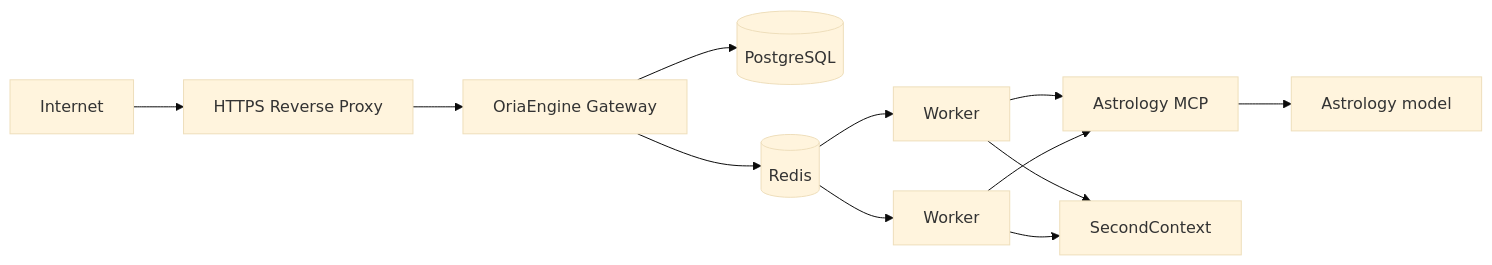
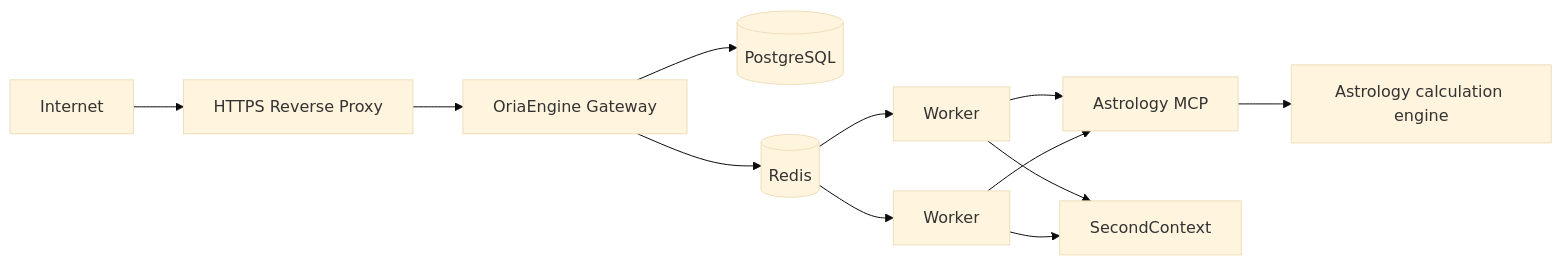
The seventh of 7 diagrams in PLAN.md (bdobrica/OriaEngine), drawn with Mermaid (base theme) before and after one commit. The commit also changed other lines of this file and 1 other file, not shown here.

Commit message:
docs: clarify astrology calculation engine scope

````diff
--- a/PLAN.md
+++ b/PLAN.md
@@ -1212,17 +1278,17 @@
 ```mermaid
 flowchart LR
     I[Internet] --> RP[HTTPS Reverse Proxy]
     RP --> G[OriaEngine Gateway]
 
     G --> PG[(PostgreSQL)]
     G --> R[(Redis)]
     R --> W1[Worker]
     R --> W2[Worker]
 
     W1 --> A[Astrology MCP]
     W2 --> A
     W1 --> S[SecondContext]
     W2 --> S
 
-    A --> AM[Astrology model]
+    A --> AE[Astrology calculation engine]
 ```
````
